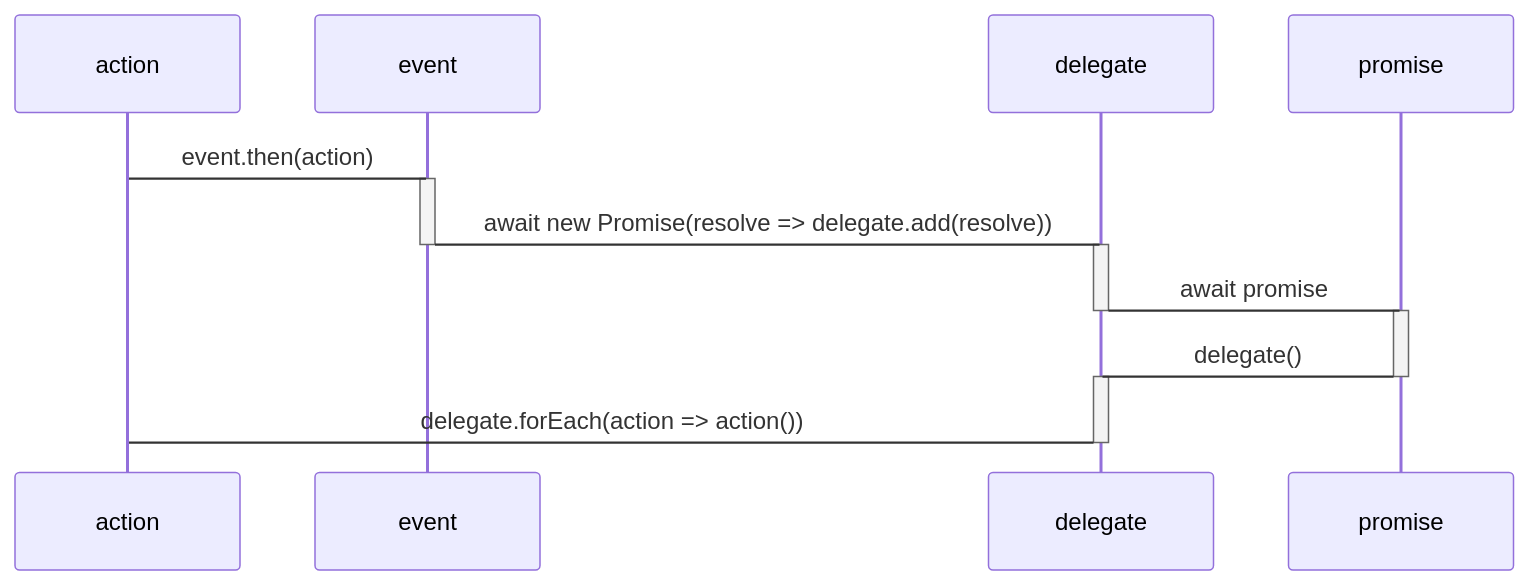
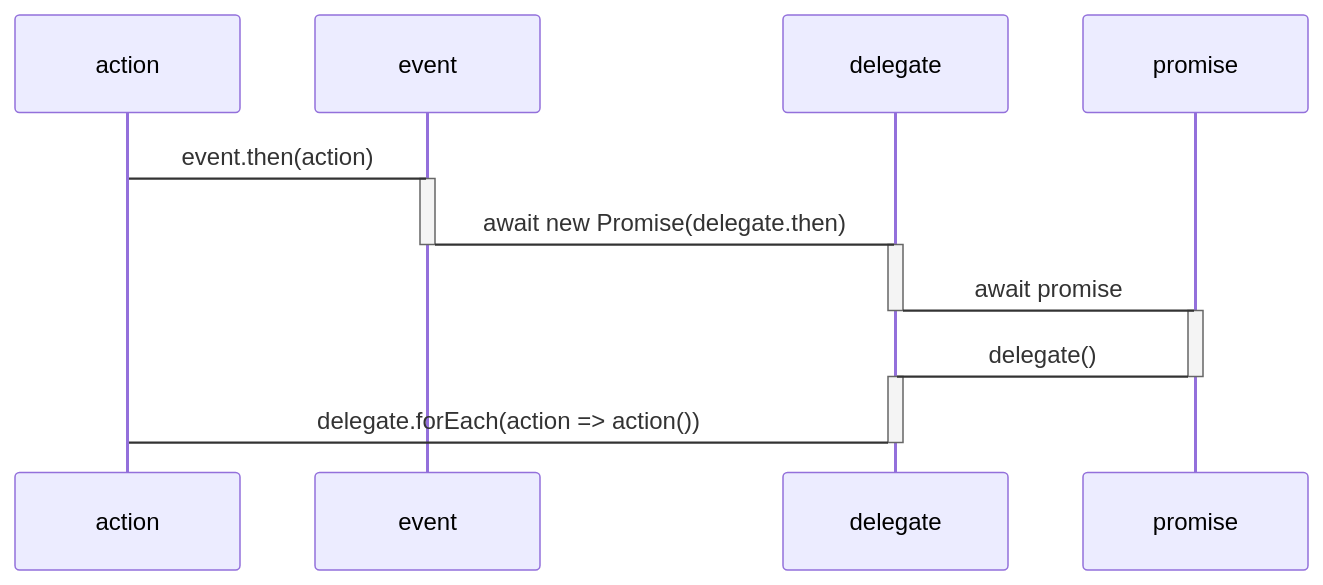
Before and after one commit to domrally/peekeasy: the fourth of 4 diagrams in README.md, drawn with Mermaid. The commit also changed other lines of this file, not shown here.

````diff
--- a/README.md
+++ b/README.md
@@ -194,16 +194,16 @@
 ```mermaid
 sequenceDiagram
     action->event: event.then(action)
     activate event
-    event->delegate: await new Promise(resolve => delegate.add(resolve))
+    event->delegate: await new Promise(delegate.then)
     deactivate event
     activate delegate
     delegate->promise: await promise
     deactivate delegate
     activate promise
     promise->delegate: delegate()
     deactivate promise
     activate delegate
     delegate->action: delegate.forEach(action => action())
     deactivate delegate
 ```
````
